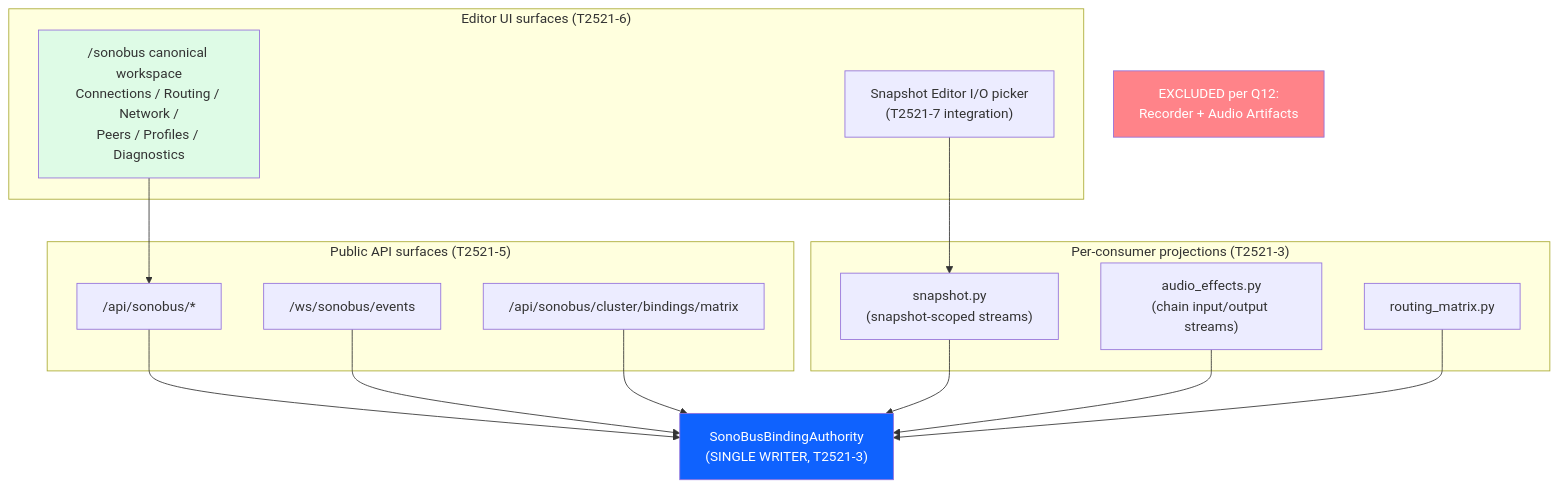
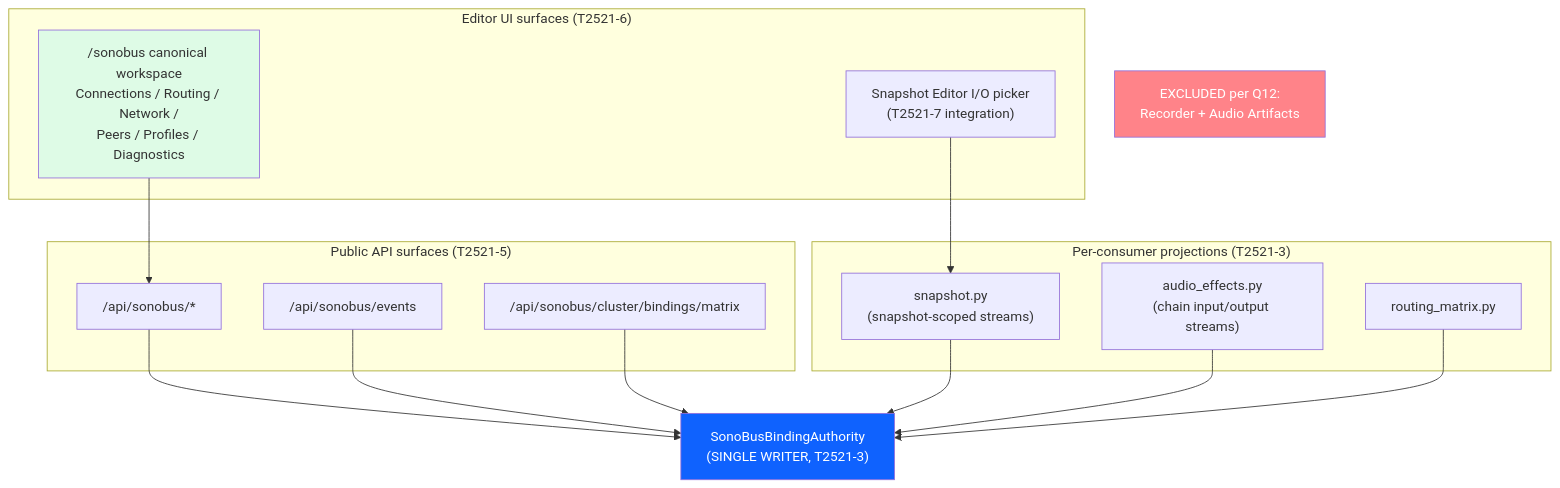
The third of 5 diagrams in docs/architecture/SONOBUS_AOO_TRANSPORT.md (matthewmackes/map2-audio), drawn with Mermaid before and after one commit. The commit also changed other lines of this file and 3 other files, not shown here.

````diff
--- a/docs/architecture/SONOBUS_AOO_TRANSPORT.md
+++ b/docs/architecture/SONOBUS_AOO_TRANSPORT.md
@@ -298,37 +298,37 @@
 ```mermaid
 flowchart TB
     sonobus_authority["SonoBusBindingAuthority\n(SINGLE WRITER, T2521-3)"]
 
     subgraph apis["Public API surfaces (T2521-5)"]
         sonobus_routes["/api/sonobus/*"]
-        ws_events["/ws/sonobus/events"]
+        ws_events["/api/sonobus/events"]
         cluster_matrix_route["/api/sonobus/cluster/bindings/matrix"]
     end
 
     subgraph projections["Per-consumer projections (T2521-3)"]
         snapshot_proj["snapshot.py\n(snapshot-scoped streams)"]
         audio_effects_proj["audio_effects.py\n(chain input/output streams)"]
         routing_matrix_proj["routing_matrix.py"]
     end
 
     subgraph editor_surfaces["Editor UI surfaces (T2521-6)"]
         sonobus_console["/sonobus canonical workspace\nConnections / Routing / Network /\nPeers / Profiles / Diagnostics"]
         snapshot_editor["Snapshot Editor I/O picker\n(T2521-7 integration)"]
     end
 
     excluded["EXCLUDED per Q12:\nRecorder + Audio Artifacts"]
 
     sonobus_routes --> sonobus_authority
     ws_events --> sonobus_authority
     cluster_matrix_route --> sonobus_authority
     snapshot_proj --> sonobus_authority
     audio_effects_proj --> sonobus_authority
     routing_matrix_proj --> sonobus_authority
 
     sonobus_console --> sonobus_routes
     snapshot_editor --> snapshot_proj
 
     style sonobus_authority fill:#0f62fe,color:#fff
     style sonobus_console fill:#defbe6
     style excluded fill:#ff8389,color:#fff
 ```
````
